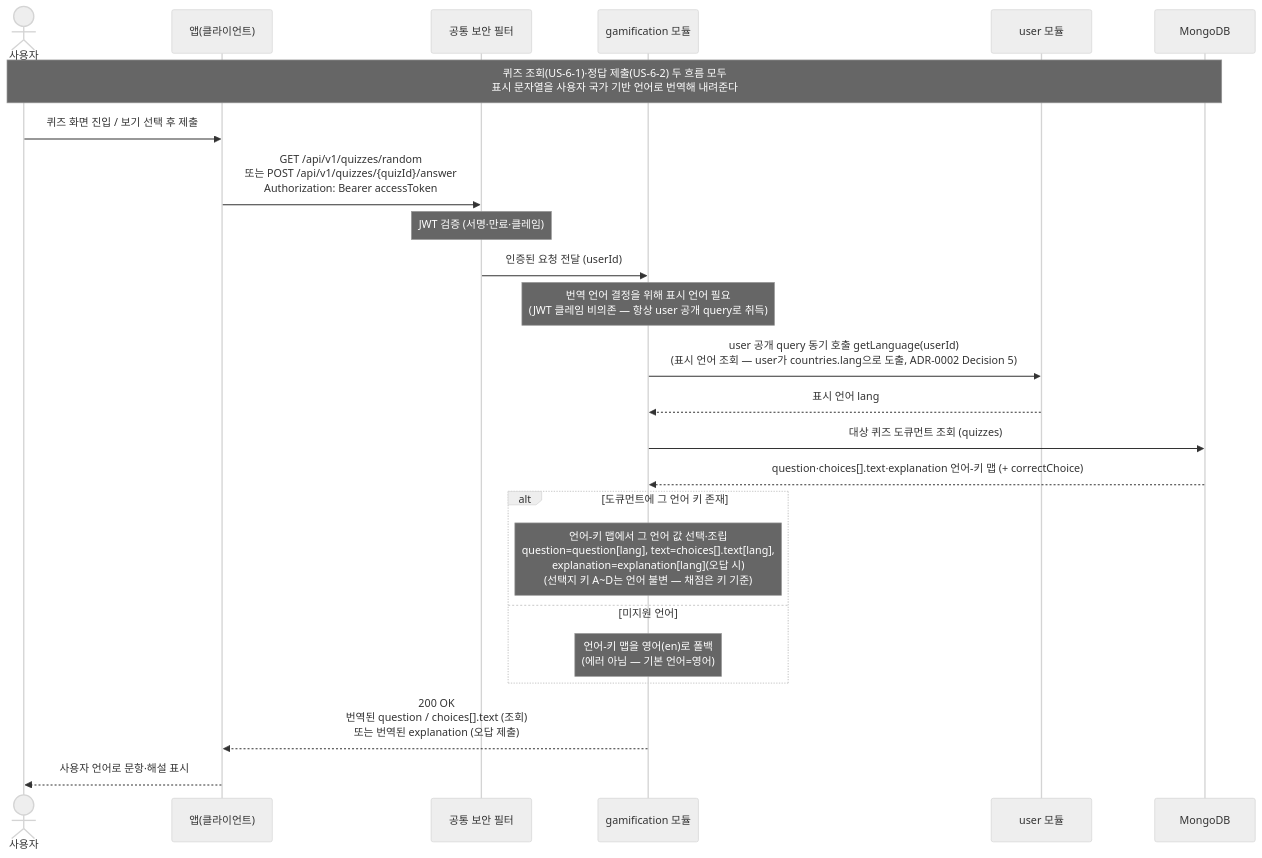
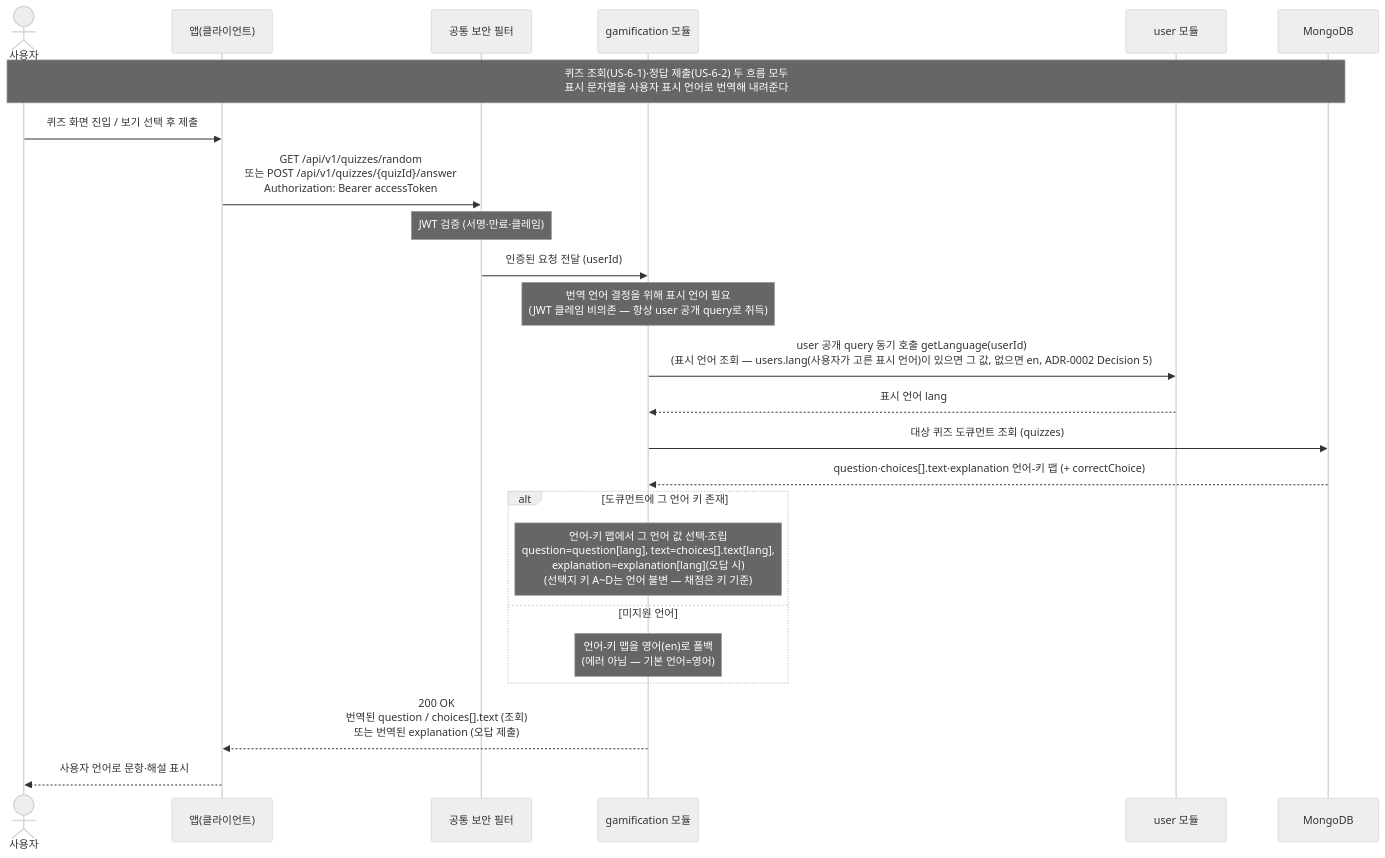
Before and after one commit to jameskim9509/Kohere-backend: the diagram in docs/architecture/sequence-diagrams/06-gamification/us-6-3-quiz-i18n.md, drawn with Mermaid (neutral theme). The commit also changed other lines of this file and 27 other files, not shown here.

First line of the commit message:
docs(user): 표시 언어를 사용자 선택(users.lang) 기준으로 개정

````diff
--- a/docs/architecture/sequence-diagrams/06-gamification/us-6-3-quiz-i18n.md
+++ b/docs/architecture/sequence-diagrams/06-gamification/us-6-3-quiz-i18n.md
@@ -5,29 +5,29 @@
 ```mermaid
 sequenceDiagram
     actor U as 사용자
     participant C as 앱(클라이언트)
     participant SEC as 공통 보안 필터
     participant GAME as gamification 모듈
     participant USER as user 모듈
     participant DB as MongoDB
 
-    Note over U,DB: 퀴즈 조회(US-6-1)·정답 제출(US-6-2) 두 흐름 모두<br/>표시 문자열을 사용자 국가 기반 언어로 번역해 내려준다
+    Note over U,DB: 퀴즈 조회(US-6-1)·정답 제출(US-6-2) 두 흐름 모두<br/>표시 문자열을 사용자 표시 언어로 번역해 내려준다
 
     U->>C: 퀴즈 화면 진입 / 보기 선택 후 제출
     C->>SEC: GET /api/v1/quizzes/random<br/>또는 POST /api/v1/quizzes/{quizId}/answer<br/>Authorization: Bearer accessToken
     Note over SEC: JWT 검증 (서명·만료·클레임)
     SEC->>GAME: 인증된 요청 전달 (userId)
     Note over GAME: 번역 언어 결정을 위해 표시 언어 필요<br/>(JWT 클레임 비의존 — 항상 user 공개 query로 취득)
-    GAME->>USER: user 공개 query 동기 호출 getLanguage(userId)<br/>(표시 언어 조회 — user가 countries.lang으로 도출, ADR-0002 Decision 5)
+    GAME->>USER: user 공개 query 동기 호출 getLanguage(userId)<br/>(표시 언어 조회 — users.lang(사용자가 고른 표시 언어)이 있으면 그 값, 없으면 en, ADR-0002 Decision 5)
     USER-->>GAME: 표시 언어 lang
     GAME->>DB: 대상 퀴즈 도큐먼트 조회 (quizzes)
     DB-->>GAME: question·choices[].text·explanation 언어-키 맵 (+ correctChoice)
 
     alt 도큐먼트에 그 언어 키 존재
         Note over GAME: 언어-키 맵에서 그 언어 값 선택·조립<br/>question=question[lang], text=choices[].text[lang],<br/>explanation=explanation[lang](오답 시)<br/>(선택지 키 A~D는 언어 불변 — 채점은 키 기준)
     else 미지원 언어
         Note over GAME: 언어-키 맵을 영어(en)로 폴백<br/>(에러 아님 — 기본 언어=영어)
     end
     GAME-->>C: 200 OK<br/>번역된 question / choices[].text (조회)<br/>또는 번역된 explanation (오답 제출)
     C-->>U: 사용자 언어로 문항·해설 표시
 ```
````
